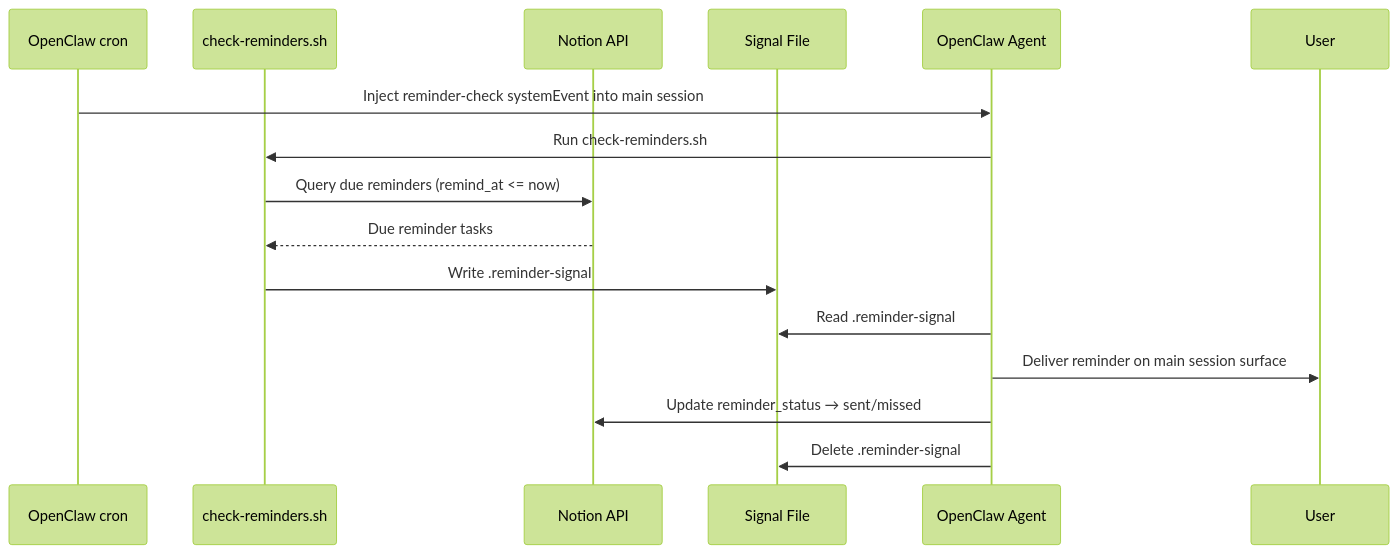
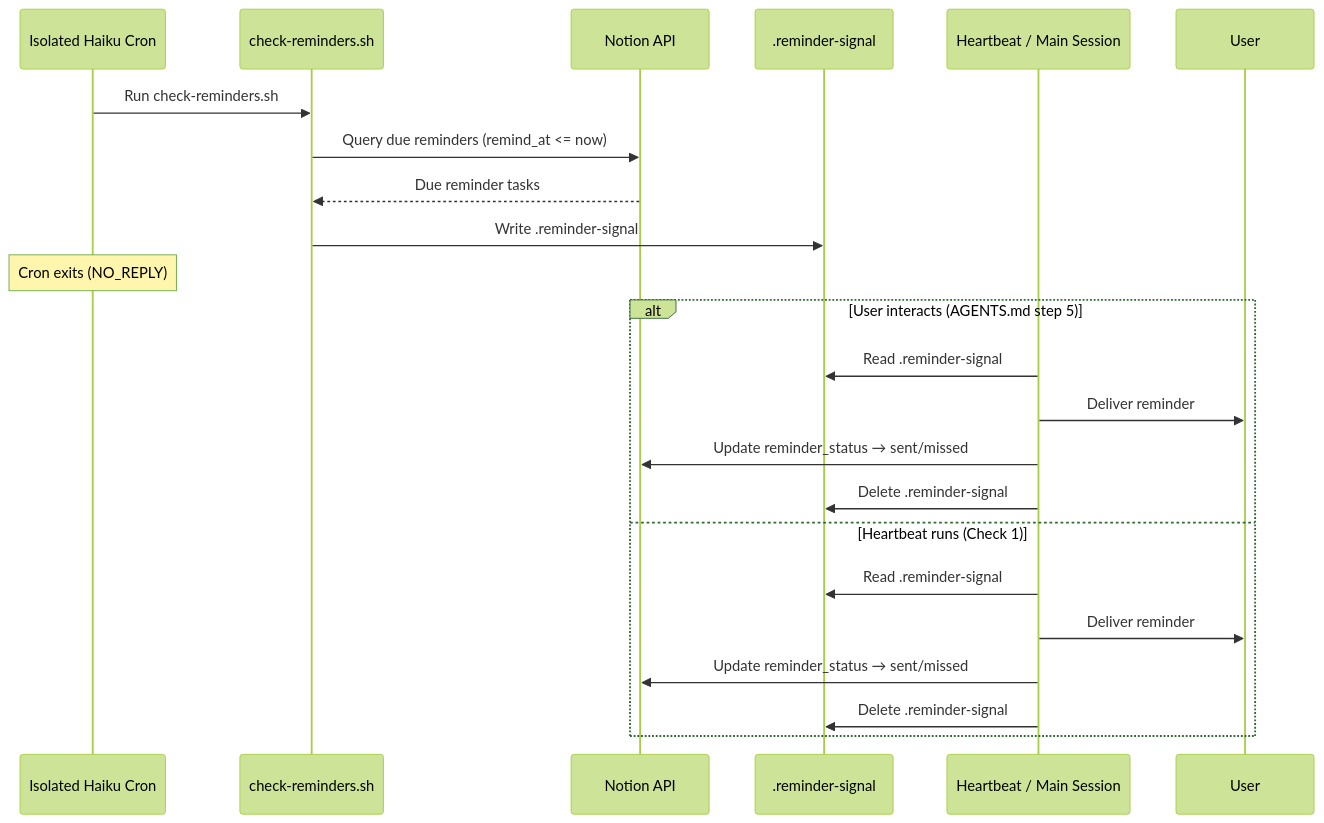
Before and after one commit to NickBorgersProbably/hide-my-list: diagram 22 of 28 in docs/user-interactions.md, drawn with Mermaid (forest theme). The commit also changed other lines of this file and 11 other files, not shown here.

First line of the commit message:
Move cron jobs to isolated Haiku, separate query from delivery

````diff
--- a/docs/user-interactions.md
+++ b/docs/user-interactions.md
@@ -757,19 +757,26 @@
 ```mermaid
 sequenceDiagram
-    participant Cron as OpenClaw cron
+    participant Cron as Isolated Haiku Cron
     participant Scr as check-reminders.sh
     participant Notion as Notion API
-    participant Signal as Signal File
-    participant Agent as OpenClaw Agent
+    participant Signal as .reminder-signal
+    participant Delivery as Heartbeat / Main Session
     participant User
 
-    Cron->>Agent: Inject reminder-check systemEvent into main session
-    Agent->>Scr: Run check-reminders.sh
+    Cron->>Scr: Run check-reminders.sh
     Scr->>Notion: Query due reminders (remind_at <= now)
     Notion-->>Scr: Due reminder tasks
     Scr->>Signal: Write .reminder-signal
-    Agent->>Signal: Read .reminder-signal
-    Agent->>User: Deliver reminder on main session surface
-    Agent->>Notion: Update reminder_status → sent/missed
-    Agent->>Signal: Delete .reminder-signal
+    Note over Cron: Cron exits (NO_REPLY)
+    alt User interacts (AGENTS.md step 5)
+        Delivery->>Signal: Read .reminder-signal
+        Delivery->>User: Deliver reminder
+        Delivery->>Notion: Update reminder_status → sent/missed
+        Delivery->>Signal: Delete .reminder-signal
+    else Heartbeat runs (Check 1)
+        Delivery->>Signal: Read .reminder-signal
+        Delivery->>User: Deliver reminder
+        Delivery->>Notion: Update reminder_status → sent/missed
+        Delivery->>Signal: Delete .reminder-signal
+    end
 ```
````
